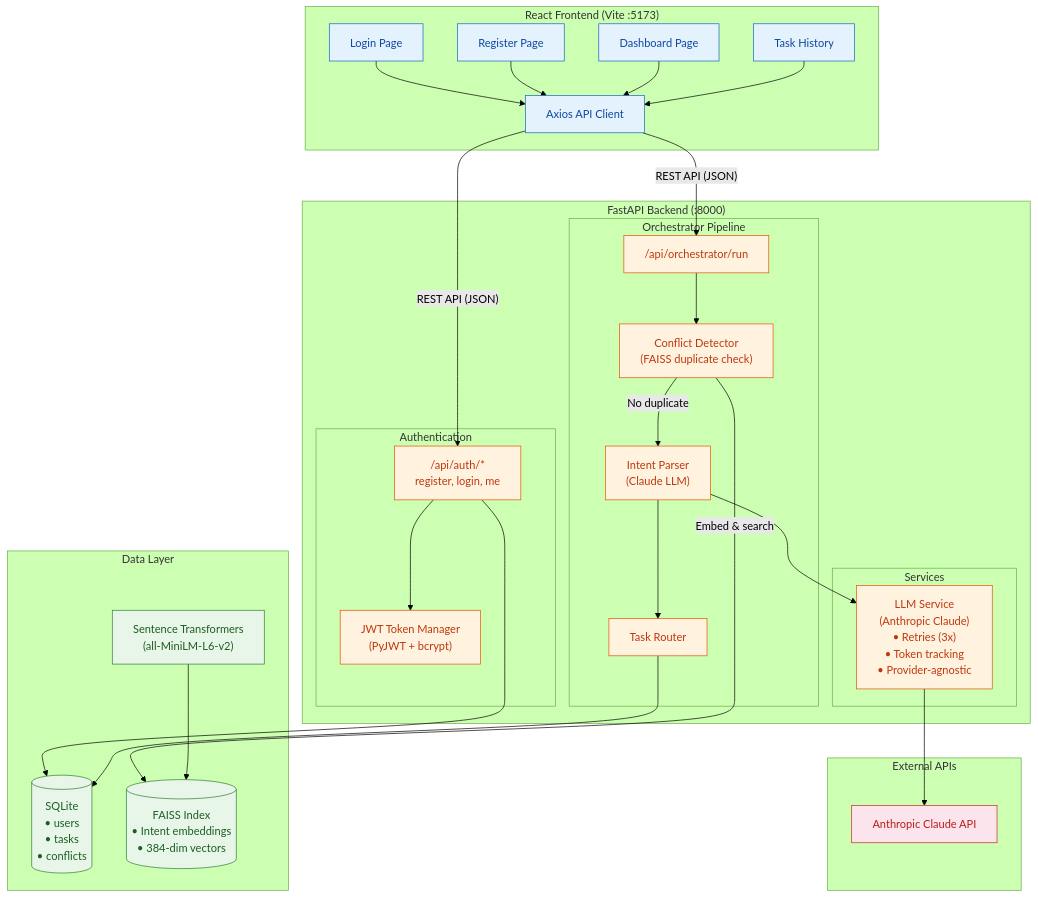
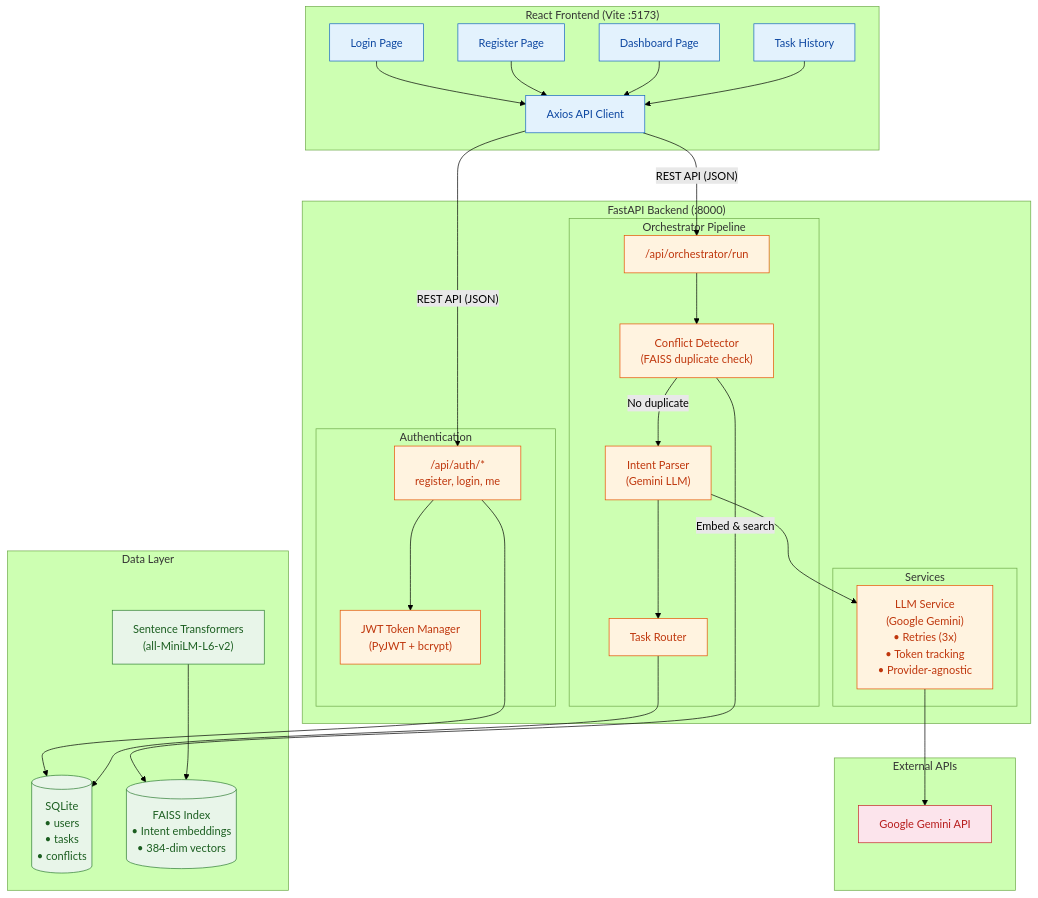
One commit to Girish-123-dev/SER594-Team25-MACE-Multi_Agent_Coordination_Engine changed the diagram in docs/architecture.mmd. Above: the diagram before and after it, drawn with Mermaid (forest theme). The commit also changed 10 other files, not shown here.

```diff
--- a/docs/architecture.mmd
+++ b/docs/architecture.mmd
@@ -1,71 +1,71 @@
 graph TB
     subgraph Frontend["React Frontend (Vite :5173)"]
         Login["Login Page"]
         Register["Register Page"]
         Dashboard["Dashboard Page"]
         TaskHistory["Task History"]
         APIClient["Axios API Client"]
     end
 
     subgraph Backend["FastAPI Backend (:8000)"]
         subgraph Auth["Authentication"]
             AuthRouter["/api/auth/*<br/>register, login, me"]
             JWT["JWT Token Manager<br/>(PyJWT + bcrypt)"]
         end
 
         subgraph Orchestrator["Orchestrator Pipeline"]
             OrcRouter["/api/orchestrator/run"]
-            IntentParser["Intent Parser<br/>(Claude LLM)"]
+            IntentParser["Intent Parser<br/>(Gemini LLM)"]
             TaskRouter["Task Router"]
             ConflictDetector["Conflict Detector<br/>(FAISS duplicate check)"]
         end
 
         subgraph Services["Services"]
-            LLMService["LLM Service<br/>(Anthropic Claude)<br/>• Retries (3x)<br/>• Token tracking<br/>• Provider-agnostic"]
+            LLMService["LLM Service<br/>(Google Gemini)<br/>• Retries (3x)<br/>• Token tracking<br/>• Provider-agnostic"]
         end
     end
 
     subgraph DataLayer["Data Layer"]
         SQLite[("SQLite<br/>• users<br/>• tasks<br/>• conflicts")]
         FAISS[("FAISS Index<br/>• Intent embeddings<br/>• 384-dim vectors")]
         SentenceTransformers["Sentence Transformers<br/>(all-MiniLM-L6-v2)"]
     end
 
     subgraph External["External APIs"]
-        Claude["Anthropic Claude API"]
+        GeminiAPI["Google Gemini API"]
     end
 
     %% Frontend connections
     Login --> APIClient
     Register --> APIClient
     Dashboard --> APIClient
     TaskHistory --> APIClient
     APIClient -->|"REST API (JSON)"| AuthRouter
     APIClient -->|"REST API (JSON)"| OrcRouter
 
     %% Auth flow
     AuthRouter --> JWT
     AuthRouter --> SQLite
 
     %% Orchestrator flow
     OrcRouter --> ConflictDetector
     ConflictDetector -->|"Embed & search"| FAISS
     ConflictDetector -->|"No duplicate"| IntentParser
     IntentParser --> LLMService
-    LLMService --> Claude
+    LLMService --> GeminiAPI
     IntentParser --> TaskRouter
     TaskRouter --> SQLite
 
     %% Embedding
     SentenceTransformers --> FAISS
 
     %% Styling
     classDef frontend fill:#e3f2fd,stroke:#1565c0,color:#0d47a1
     classDef backend fill:#fff3e0,stroke:#e65100,color:#bf360c
     classDef data fill:#e8f5e9,stroke:#2e7d32,color:#1b5e20
     classDef external fill:#fce4ec,stroke:#c62828,color:#b71c1c
 
     class Login,Register,Dashboard,TaskHistory,APIClient frontend
     class AuthRouter,JWT,OrcRouter,IntentParser,TaskRouter,ConflictDetector,LLMService backend
     class SQLite,FAISS,SentenceTransformers data
-    class Claude external
+    class GeminiAPI external
```
